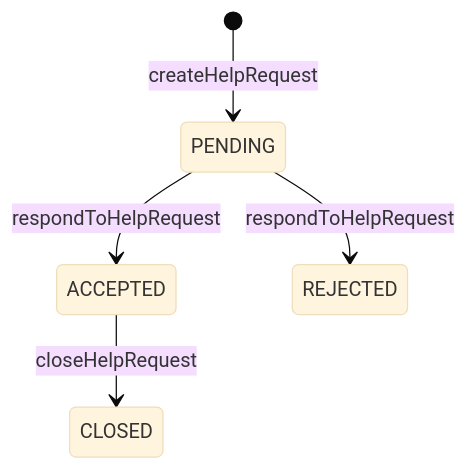
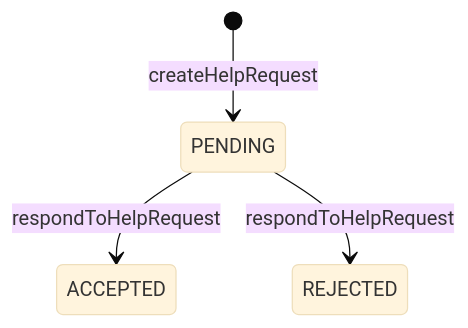
The fourth of 5 diagrams in docs/DeveloperGuide.md (CS3227-2610-MP3-HelpiNUS/CS3227-2610-MP3), drawn with Mermaid (base theme) before and after one commit. The commit also changed other lines of this file and 39 other files, not shown here.

Commit message:
feat(f01): implement help request management and verification

````diff
--- a/docs/DeveloperGuide.md
+++ b/docs/DeveloperGuide.md
@@ -187,7 +191,6 @@
 ```mermaid
 stateDiagram-v2
     [*] --> PENDING: createHelpRequest
     PENDING --> ACCEPTED: respondToHelpRequest
     PENDING --> REJECTED: respondToHelpRequest
-    ACCEPTED --> CLOSED: closeHelpRequest
 ```
````
